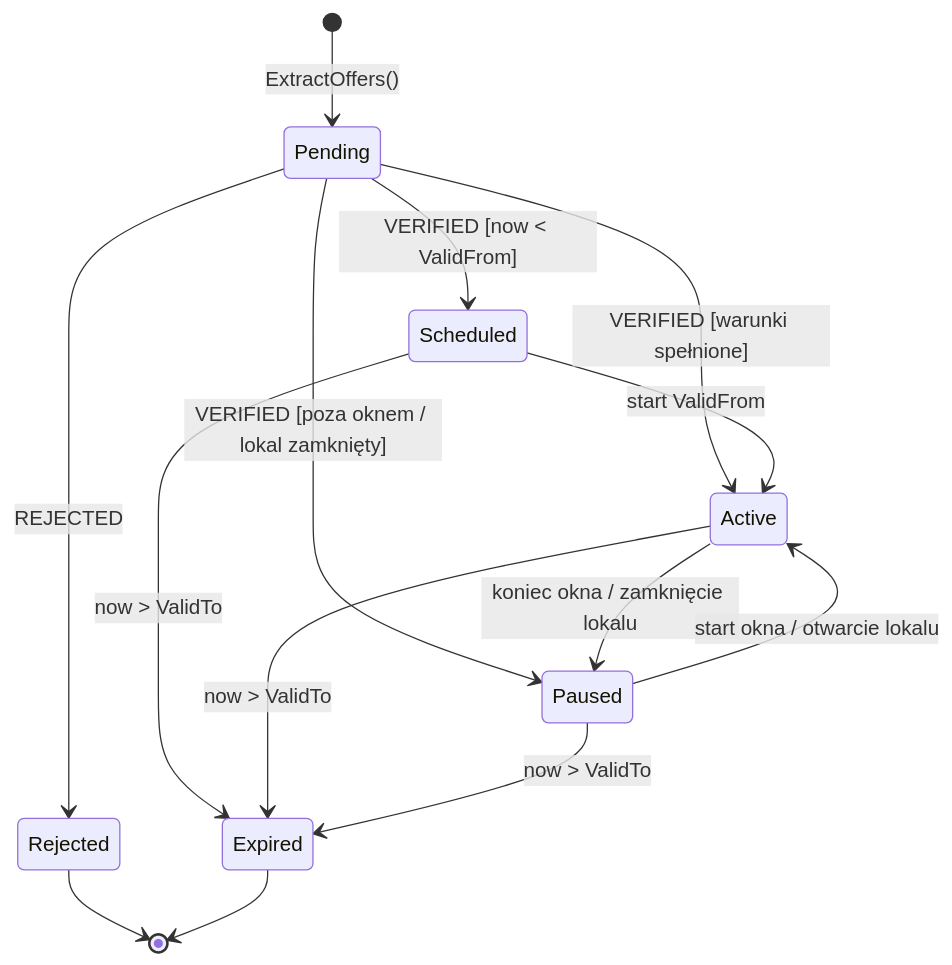
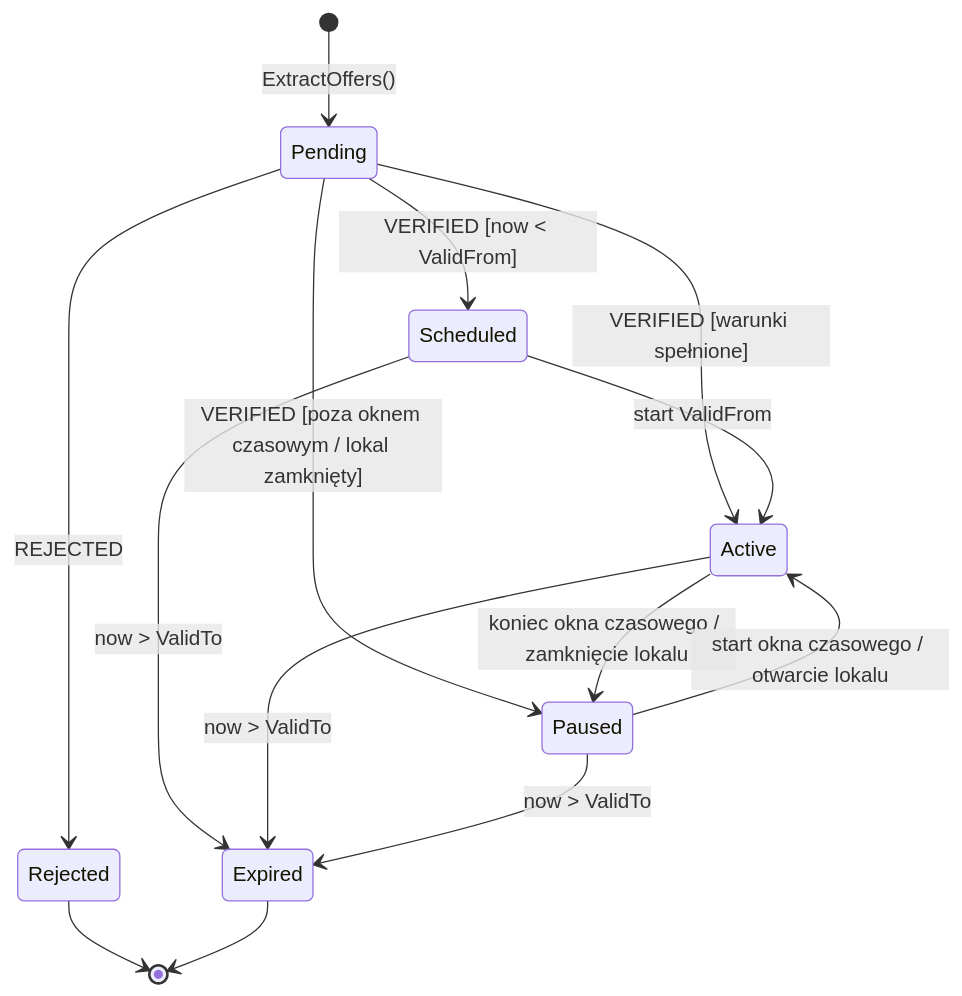
The diagram in state-diagram.md (loczek356/Greedy_Student), drawn with Mermaid before and after one commit.

````diff
--- a/state-diagram.md
+++ b/state-diagram.md
@@ -1,19 +1,19 @@
 ```mermaid
 stateDiagram-v2
     [*] --> Pending : ExtractOffers()
     Pending --> Rejected : REJECTED
     Pending --> Scheduled : VERIFIED [now < ValidFrom]
     Pending --> Active : VERIFIED [warunki spełnione]
-    Pending --> Paused : VERIFIED [poza oknem / lokal zamknięty]
+    Pending --> Paused : VERIFIED [poza oknem czasowym / lokal zamknięty]
 
     Scheduled --> Active : start ValidFrom
-    Active --> Paused : koniec okna / zamknięcie lokalu
-    Paused --> Active : start okna / otwarcie lokalu
+    Active --> Paused : koniec okna czasowego / zamknięcie lokalu
+    Paused --> Active : start okna czasowego / otwarcie lokalu
 
     Scheduled --> Expired : now > ValidTo
     Active --> Expired : now > ValidTo
     Paused --> Expired : now > ValidTo
 
     Rejected --> [*]
     Expired --> [*]
 ```
````
